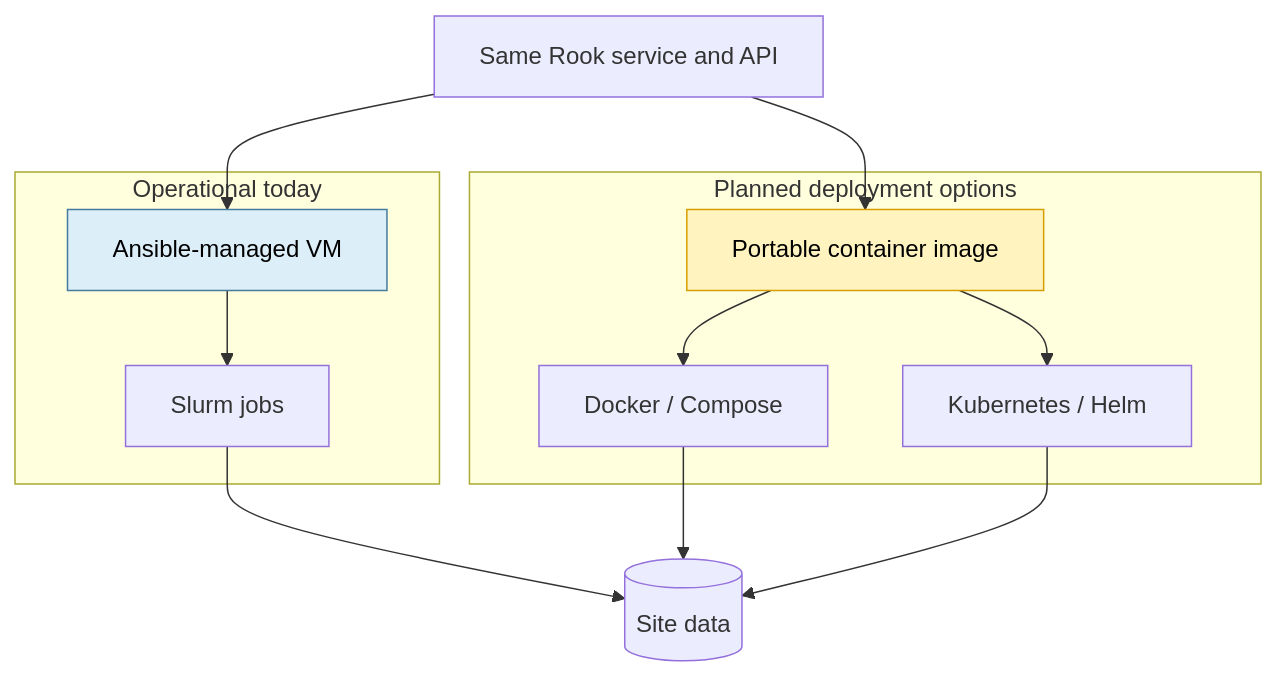
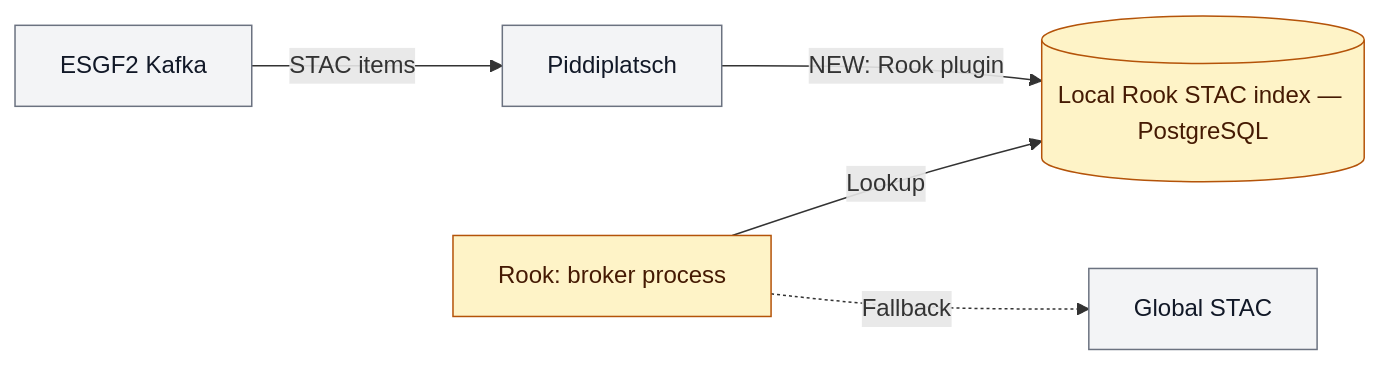
Before and after one commit to roocs/rook: the fifth of 11 diagrams in Rook_WPS_ESGF2_talk_draft.md, drawn with Mermaid. The commit also changed other lines of this file and 12 other files, not shown here.

````diff
--- a/Rook_WPS_ESGF2_talk_draft.md
+++ b/Rook_WPS_ESGF2_talk_draft.md
@@ -214,22 +189,11 @@
 ```mermaid
-flowchart TD
-    Rook["Same Rook service and API"]
-
-    subgraph Current["Operational today"]
-        VM["Ansible-managed VM"] --> Slurm["Slurm jobs"]
-    end
-
-    subgraph Future["Planned deployment options"]
-        Image["Portable container image"] --> Docker["Docker / Compose"]
-        Image --> K8s["Kubernetes / Helm"]
-    end
-
-    Rook --> VM
-    Rook --> Image
-    Slurm --> Data[("Site data")]
-    Docker --> Data
-    K8s --> Data
-
-    style VM fill:#dceef8,stroke:#457b9d,color:#000
-    style Image fill:#fff3bf,stroke:#d69e00,color:#000
+flowchart LR
+    Kafka["ESGF2 Kafka"] -->|"STAC items"| Piddi["Piddiplatsch"]
+    Piddi -->|"NEW: Rook plugin"| Index[("Local Rook STAC index — PostgreSQL")]
+    Broker["Rook: broker process"] -->|"Lookup"| Index
+    Broker -.->|"Fallback"| STAC["Global STAC"]
+    classDef default fill:#f3f4f6,stroke:#6b7280,color:#111827
+    classDef rook fill:#dbeafe,stroke:#2563eb,color:#172554
+    classDef new fill:#fef3c7,stroke:#b45309,color:#451a03
+    class Broker,Index new
 ```
````
